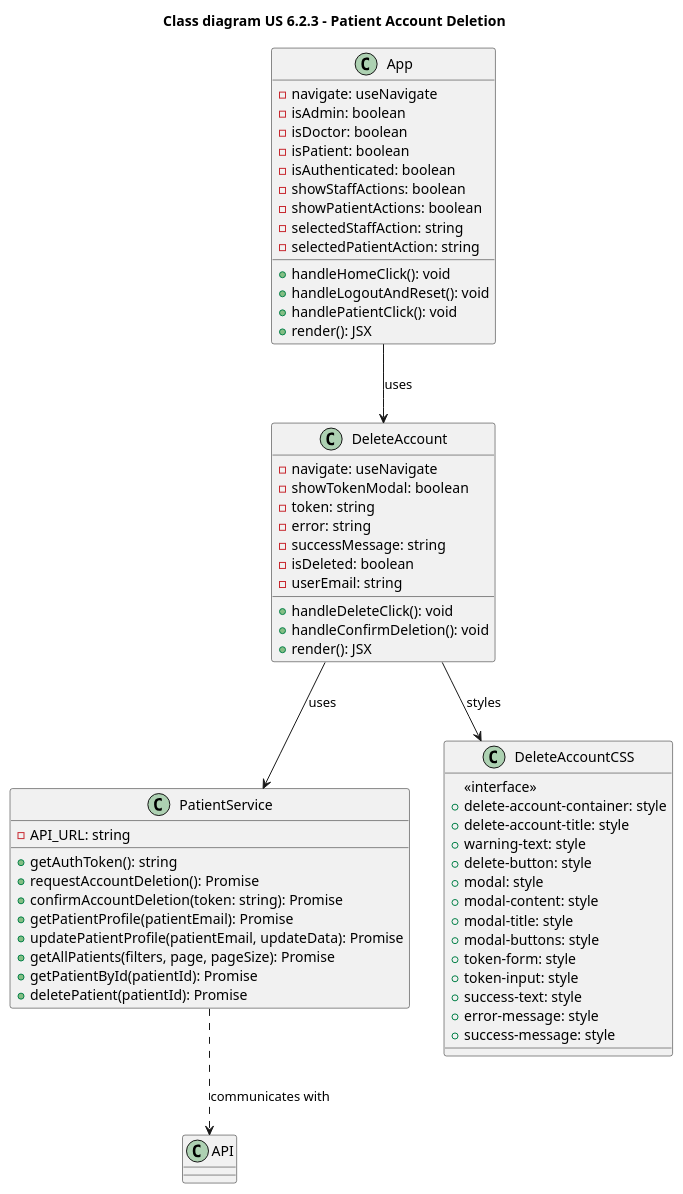
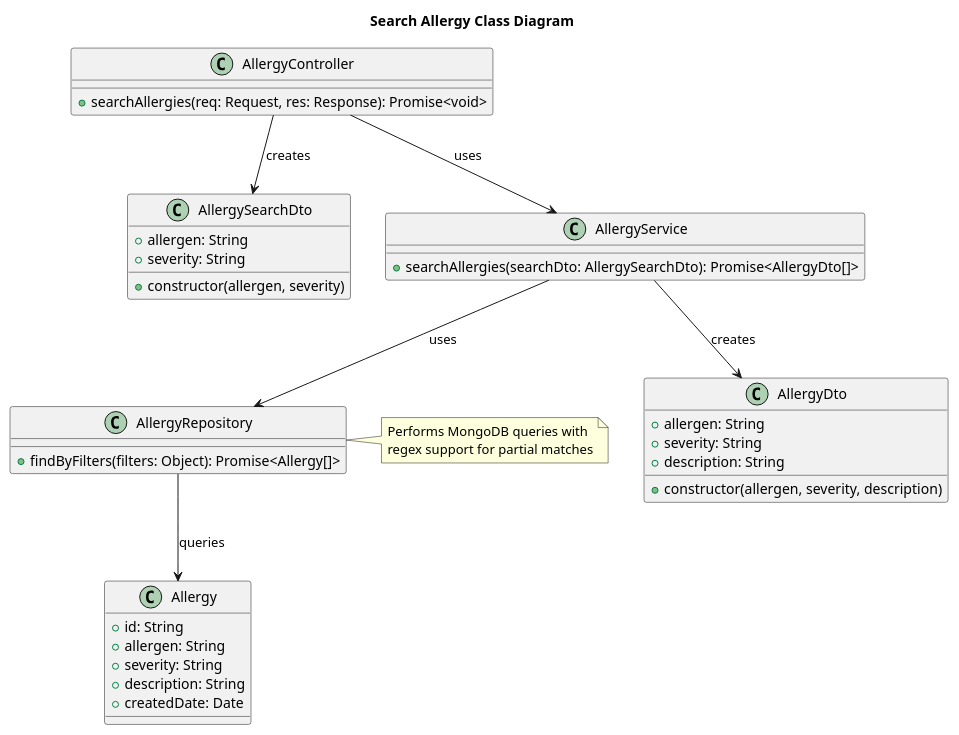
The diagram in docs/Sprint3/US 7.2.3/CD.puml (HugBar/3DC_G17), drawn with PlantUML before and after one commit. The commit also changed 5 other files, not shown here.

```diff
--- a/docs/Sprint3/US 7.2.3/CD.puml
+++ b/docs/Sprint3/US 7.2.3/CD.puml
@@ -1,67 +1,48 @@
-@startuml namespace
-title "Class diagram US 6.2.3 - Patient Account Deletion"
+@startuml
+title "Search Allergy Class Diagram"
 
-class DeleteAccount {
-    -navigate: useNavigate
-    -showTokenModal: boolean
-    -token: string
-    -error: string
-    -successMessage: string
-    -isDeleted: boolean
-    -userEmail: string
-    +handleDeleteClick(): void
-    +handleConfirmDeletion(): void
-    +render(): JSX
+class AllergyDto {
+    +allergen: String
+    +severity: String
+    +description: String
+    +constructor(allergen, severity, description)
 }
 
-class App {
-    -navigate: useNavigate
-    -isAdmin: boolean
-    -isDoctor: boolean
-    -isPatient: boolean
-    -isAuthenticated: boolean
-    -showStaffActions: boolean
-    -showPatientActions: boolean
-    -selectedStaffAction: string
-    -selectedPatientAction: string
-    +handleHomeClick(): void
-    +handleLogoutAndReset(): void
-    +handlePatientClick(): void
-    +render(): JSX
+class AllergySearchDto {
+    +allergen: String
+    +severity: String
+    +constructor(allergen, severity)
 }
 
-class PatientService {
-    -API_URL: string
-    +getAuthToken(): string
-    +requestAccountDeletion(): Promise
-    +confirmAccountDeletion(token: string): Promise
-    +getPatientProfile(patientEmail): Promise
-    +updatePatientProfile(patientEmail, updateData): Promise
-    +getAllPatients(filters, page, pageSize): Promise
-    +getPatientById(patientId): Promise
-    +deletePatient(patientId): Promise
+class AllergyController {
+    +searchAllergies(req: Request, res: Response): Promise<void>
 }
 
-class DeleteAccountCSS {
-    <<interface>>
-    +delete-account-container: style
-    +delete-account-title: style
-    +warning-text: style
-    +delete-button: style
-    +modal: style
-    +modal-content: style
-    +modal-title: style
-    +modal-buttons: style
-    +token-form: style
-    +token-input: style
-    +success-text: style
-    +error-message: style
-    +success-message: style
+class AllergyService {
+    +searchAllergies(searchDto: AllergySearchDto): Promise<AllergyDto[]>
 }
 
-App --> DeleteAccount : uses
-DeleteAccount --> PatientService : uses
-DeleteAccount --> DeleteAccountCSS : styles
-PatientService ..> API : communicates with
+class AllergyRepository {
+    +findByFilters(filters: Object): Promise<Allergy[]>
+}
+
+class Allergy {
+    +id: String
+    +allergen: String
+    +severity: String
+    +description: String
+    +createdDate: Date
+}
+
+AllergyController --> AllergySearchDto: creates
+AllergyController --> AllergyService: uses
+AllergyService --> AllergyRepository: uses
+AllergyService --> AllergyDto: creates
+AllergyRepository --> Allergy: queries
+
+note right of AllergyRepository
+  Performs MongoDB queries with
+  regex support for partial matches
+end note
 
 @enduml
```
